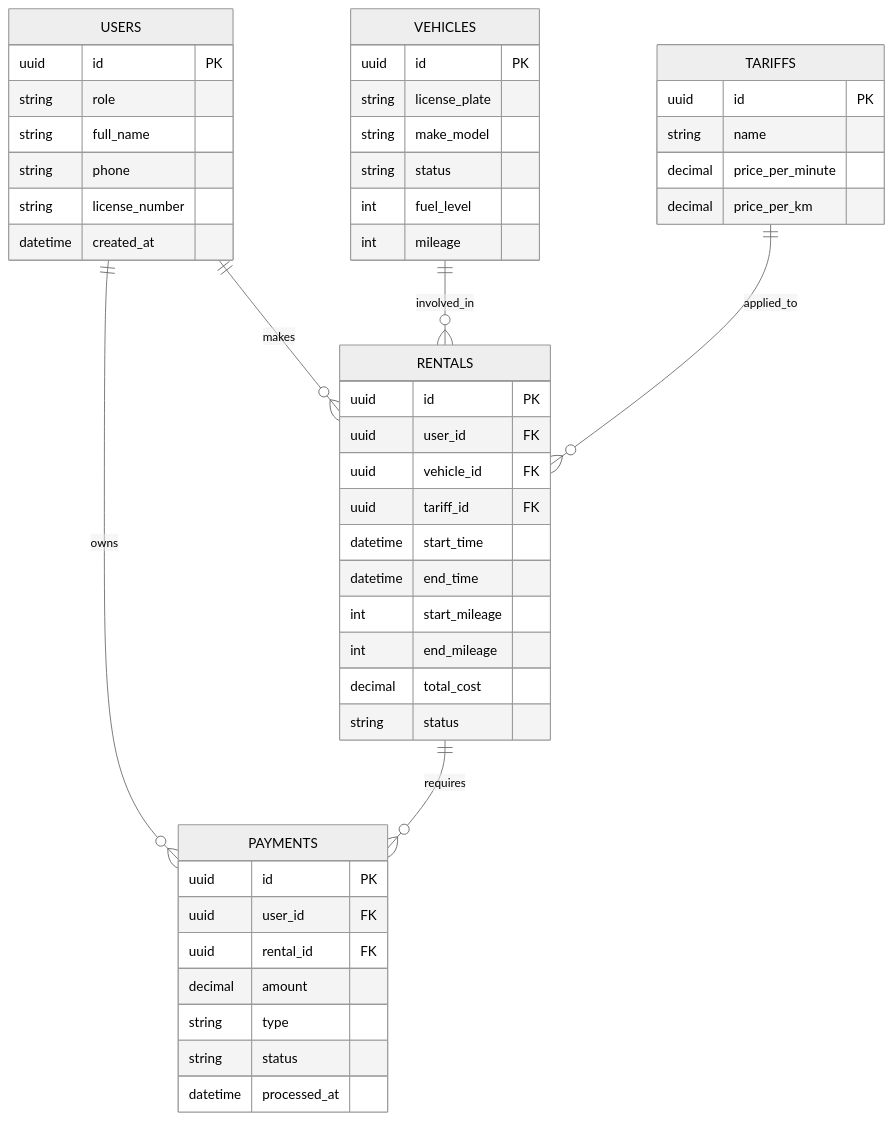
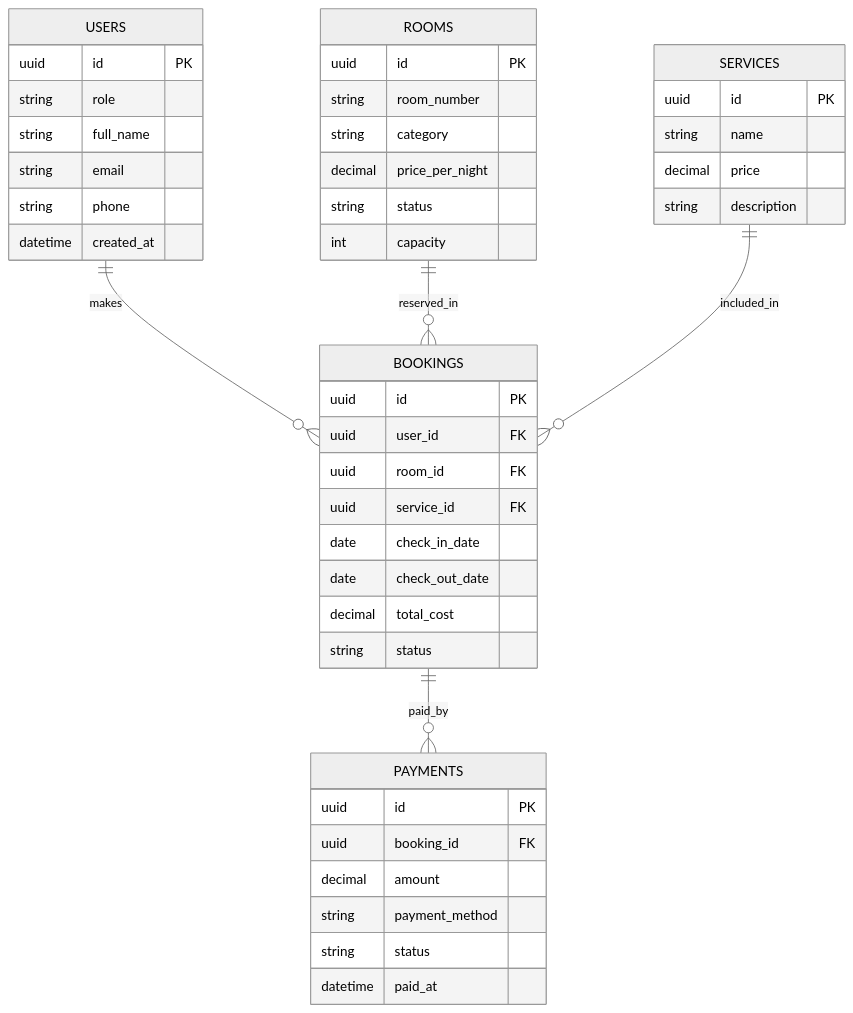
Before and after one commit to Abdurahman06/rsp_labs: the diagram in erd.mmd, drawn with Mermaid (neutral theme). The commit also changed 3 other files, not shown here.

```diff
--- a/erd.mmd
+++ b/erd.mmd
@@ -1,54 +1,50 @@
 erDiagram
     USERS {
         uuid id PK
         string role
         string full_name
+        string email
         string phone
-        string license_number
         datetime created_at
     }
 
-    VEHICLES {
+    ROOMS {
         uuid id PK
-        string license_plate
-        string make_model
+        string room_number
+        string category
+        decimal price_per_night
         string status
-        int fuel_level
-        int mileage
+        int capacity
     }
 
-    TARIFFS {
+    SERVICES {
         uuid id PK
         string name
-        decimal price_per_minute
-        decimal price_per_km
+        decimal price
+        string description
     }
 
-    RENTALS {
+    BOOKINGS {
         uuid id PK
         uuid user_id FK
-        uuid vehicle_id FK
-        uuid tariff_id FK
-        datetime start_time
-        datetime end_time
-        int start_mileage
-        int end_mileage
+        uuid room_id FK
+        uuid service_id FK
+        date check_in_date
+        date check_out_date
         decimal total_cost
         string status
     }
 
     PAYMENTS {
         uuid id PK
-        uuid user_id FK
-        uuid rental_id FK
+        uuid booking_id FK
         decimal amount
-        string type
+        string payment_method
         string status
-        datetime processed_at
+        datetime paid_at
     }
 
-    USERS ||--o{ RENTALS : "makes"
-    VEHICLES ||--o{ RENTALS : "involved_in"
-    TARIFFS ||--o{ RENTALS : "applied_to"
-    USERS ||--o{ PAYMENTS : "owns"
-    RENTALS ||--o{ PAYMENTS : "requires"
+    USERS ||--o{ BOOKINGS : "makes"
+    ROOMS ||--o{ BOOKINGS : "reserved_in"
+    SERVICES ||--o{ BOOKINGS : "included_in"
+    BOOKINGS ||--o{ PAYMENTS : "paid_by"
```
